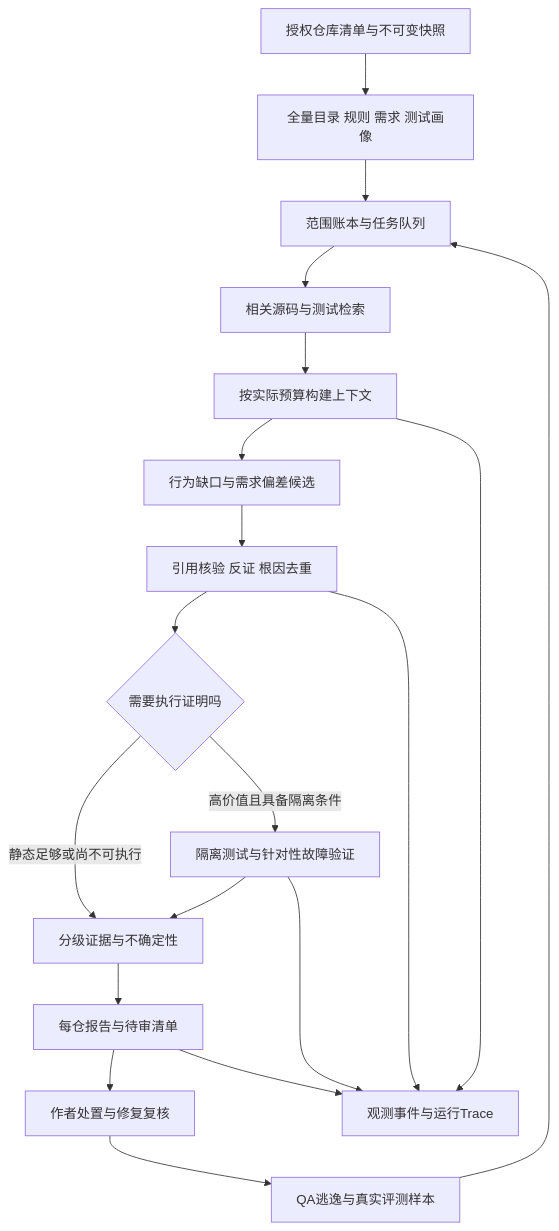
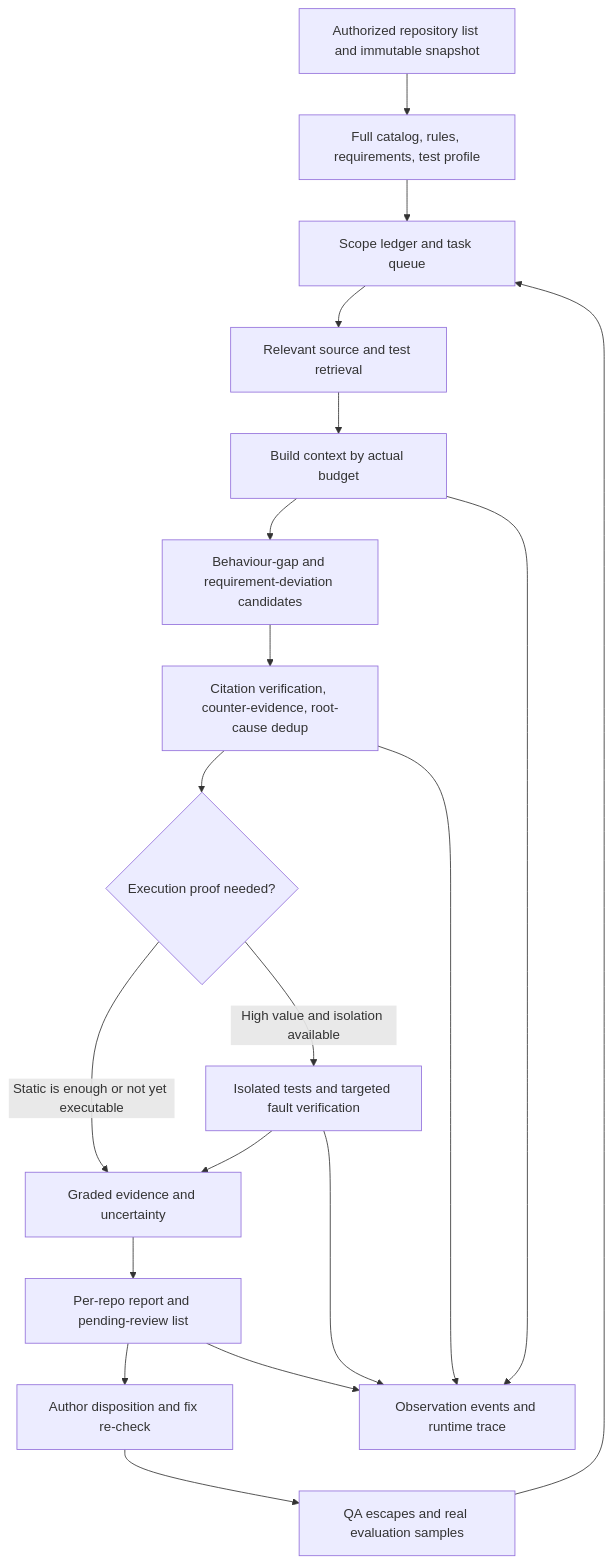
One commit to Mira190/SpecGuard changed the diagram in docs/shift-left-industry-research-2026-10-16.md. Above: the diagram before and after it, drawn with Mermaid. The commit also changed other lines of this file and 42 other files, not shown here.

Commit message:
docs: translate all repository documents to English (Chinese kept only where quoted from code or a reviewed repo)

````diff
--- a/docs/shift-left-industry-research-2026-10-16.md
+++ b/docs/shift-left-industry-research-2026-10-16.md
@@ -165,21 +165,21 @@
 ```mermaid
 flowchart TD
-    A[授权仓库清单与不可变快照] --> B[全量目录 规则 需求 测试画像]
-    B --> C[范围账本与任务队列]
-    C --> D[相关源码与测试检索]
-    D --> E[按实际预算构建上下文]
-    E --> F[行为缺口与需求偏差候选]
-    F --> G[引用核验 反证 根因去重]
-    G --> H{需要执行证明吗}
-    H -->|静态足够或尚不可执行| I[分级证据与不确定性]
-    H -->|高价值且具备隔离条件| J[隔离测试与针对性故障验证]
+    A[Authorized repository list and immutable snapshot] --> B[Full catalog, rules, requirements, test profile]
+    B --> C[Scope ledger and task queue]
+    C --> D[Relevant source and test retrieval]
+    D --> E[Build context by actual budget]
+    E --> F[Behaviour-gap and requirement-deviation candidates]
+    F --> G[Citation verification, counter-evidence, root-cause dedup]
+    G --> H{Execution proof needed?}
+    H -->|Static is enough or not yet executable| I[Graded evidence and uncertainty]
+    H -->|High value and isolation available| J[Isolated tests and targeted fault verification]
     J --> I
-    I --> K[每仓报告与待审清单]
-    K --> L[作者处置与修复复核]
-    L --> M[QA逃逸与真实评测样本]
+    I --> K[Per-repo report and pending-review list]
+    K --> L[Author disposition and fix re-check]
+    L --> M[QA escapes and real evaluation samples]
     M --> C
-    E --> N[观测事件与运行Trace]
+    E --> N[Observation events and runtime trace]
     G --> N
     J --> N
     K --> N
 ```
````
